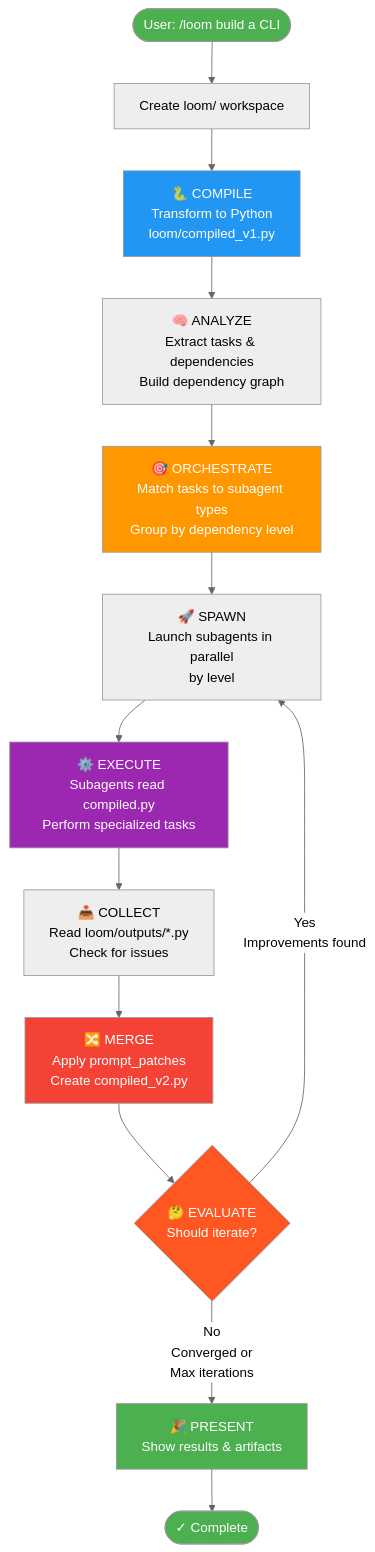
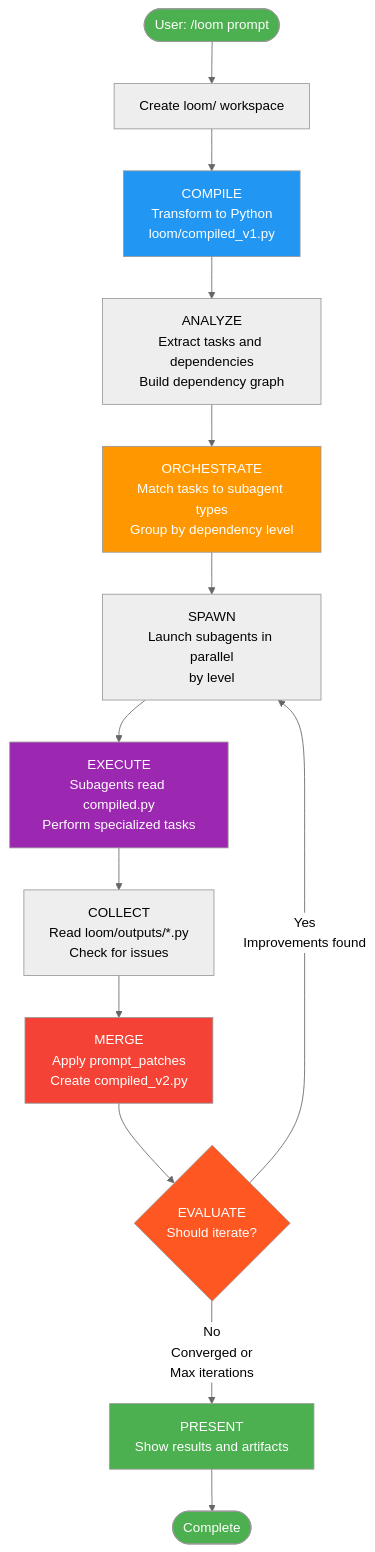
The second of 9 diagrams in DIAGRAMS.md (steelheadforever/Loom), drawn with Mermaid (neutral theme) before and after one commit. The commit also changed other lines of this file and 9 other files, not shown here.

````diff
--- a/DIAGRAMS.md
+++ b/DIAGRAMS.md
@@ -45,34 +60,34 @@
 ```mermaid
 flowchart TD
-    Start([User: /loom build a CLI]) --> Setup[Create loom/ workspace]
+    Start([User: /loom prompt]) --> Setup[Create loom/ workspace]
 
-    Setup --> Compile[🐍 COMPILE<br/>Transform to Python<br/>loom/compiled_v1.py]
+    Setup --> Compile[COMPILE<br/>Transform to Python<br/>loom/compiled_v1.py]
 
-    Compile --> Analyze[🧠 ANALYZE<br/>Extract tasks & dependencies<br/>Build dependency graph]
+    Compile --> Analyze[ANALYZE<br/>Extract tasks and dependencies<br/>Build dependency graph]
 
-    Analyze --> Orchestrate[🎯 ORCHESTRATE<br/>Match tasks to subagent types<br/>Group by dependency level]
+    Analyze --> Orchestrate[ORCHESTRATE<br/>Match tasks to subagent types<br/>Group by dependency level]
 
-    Orchestrate --> Spawn[🚀 SPAWN<br/>Launch subagents in parallel<br/>by level]
+    Orchestrate --> Spawn[SPAWN<br/>Launch subagents in parallel<br/>by level]
 
-    Spawn --> Execute[⚙️ EXECUTE<br/>Subagents read compiled.py<br/>Perform specialized tasks]
+    Spawn --> Execute[EXECUTE<br/>Subagents read compiled.py<br/>Perform specialized tasks]
 
-    Execute --> Collect[📥 COLLECT<br/>Read loom/outputs/*.py<br/>Check for issues]
+    Execute --> Collect[COLLECT<br/>Read loom/outputs/*.py<br/>Check for issues]
 
-    Collect --> Merge[🔀 MERGE<br/>Apply prompt_patches<br/>Create compiled_v2.py]
+    Collect --> Merge[MERGE<br/>Apply prompt_patches<br/>Create compiled_v2.py]
 
-    Merge --> Evaluate{🤔 EVALUATE<br/>Should iterate?}
+    Merge --> Evaluate{EVALUATE<br/>Should iterate?}
 
     Evaluate -->|Yes<br/>Improvements found| Spawn
-    Evaluate -->|No<br/>Converged or<br/>Max iterations| Present[🎉 PRESENT<br/>Show results & artifacts]
+    Evaluate -->|No<br/>Converged or<br/>Max iterations| Present[PRESENT<br/>Show results and artifacts]
 
-    Present --> End([✓ Complete])
+    Present --> End([Complete])
 
     style Start fill:#4CAF50,color:#fff
     style End fill:#4CAF50,color:#fff
     style Compile fill:#2196F3,color:#fff
     style Orchestrate fill:#FF9800,color:#fff
     style Execute fill:#9C27B0,color:#fff
     style Merge fill:#F44336,color:#fff
     style Evaluate fill:#FF5722,color:#fff
     style Present fill:#4CAF50,color:#fff
 ```
````
